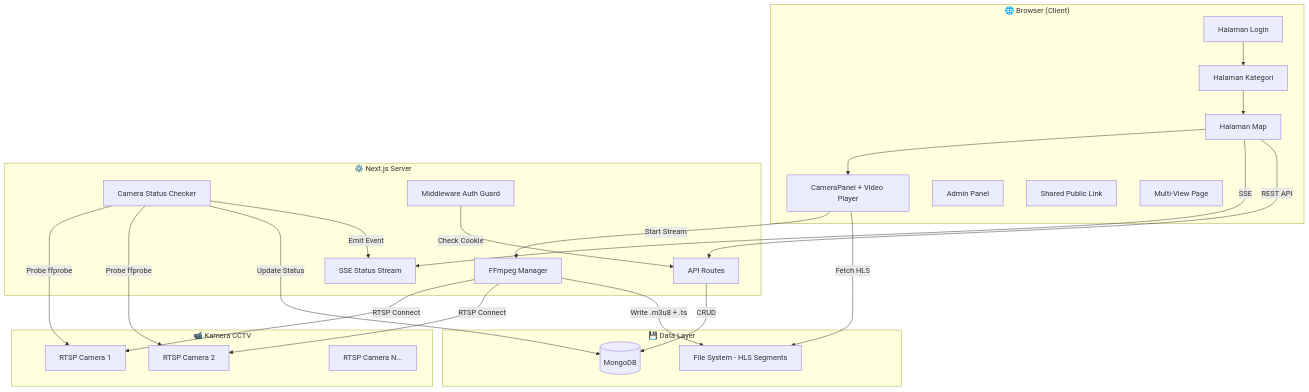
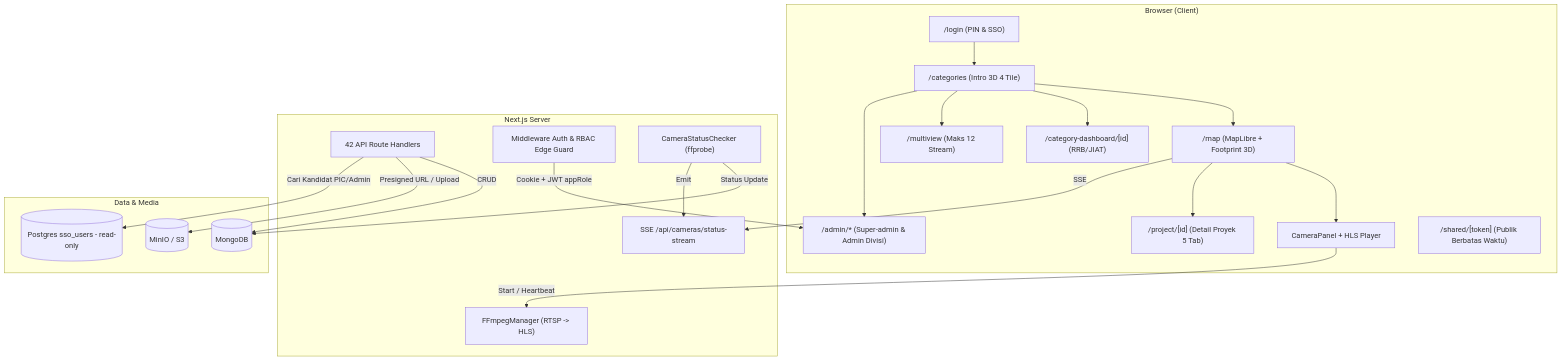
The diagram in README.md (ybagasb/tengok-rtsp), drawn with Mermaid before and after one commit. The commit also changed other lines of this file and 42 other files, not shown here.

First line of the commit message:
feat(rbac): tambah peran Admin Divisi, panduan PDF divisi, dan rapikan halaman admin

````diff
--- a/README.md
+++ b/README.md
@@ -33,44 +26,36 @@
 ```mermaid
 graph TB
-    subgraph "🌐 Browser (Client)"
-        A[Halaman Login] --> B[Halaman Kategori]
-        B --> C[Halaman Map]
-        C --> D[CameraPanel + Video Player]
-        E[Admin Panel]
-        F[Shared Public Link]
-        G[Multi-View Page]
+    subgraph Browser["Browser (Client)"]
+        L["/login (PIN & SSO)"] --> C["/categories (Intro 3D 4 Tile)"]
+        C --> M["/map (MapLibre + Footprint 3D)"]
+        M --> P["CameraPanel + HLS Player"]
+        M --> D["/project/[id] (Detail Proyek 5 Tab)"]
+        C --> DB["/category-dashboard/[id] (RRB/JIAT)"]
+        C --> MV["/multiview (Maks 12 Stream)"]
+        C --> AD["/admin/* (Super-admin & Admin Divisi)"]
+        SH["/shared/[token] (Publik Berbatas Waktu)"]
     end
 
-    subgraph "⚙️ Next.js Server"
-        H[API Routes]
-        I[FFmpeg Manager]
-        J[Camera Status Checker]
-        K[SSE Status Stream]
-        L[Middleware Auth Guard]
+    subgraph Server["Next.js Server"]
+        API["42 API Route Handlers"]
+        MW["Middleware Auth & RBAC Edge Guard"]
+        FF["FFmpegManager (RTSP -> HLS)"]
+        CHK["CameraStatusChecker (ffprobe)"]
+        SSE["SSE /api/cameras/status-stream"]
     end
 
-    subgraph "💾 Data Layer"
-        M[(MongoDB)]
-        N[File System - HLS Segments]
+    subgraph Storage["Data & Media"]
+        MDB[(MongoDB)]
+        S3[(MinIO / S3)]
+        PG[(Postgres sso_users - read-only)]
     end
 
-    subgraph "📹 Kamera CCTV"
-        O[RTSP Camera 1]
-        P[RTSP Camera 2]
-        Q[RTSP Camera N...]
-    end
-
-    C --> |SSE| K
-    C --> |REST API| H
-    D --> |Start Stream| I
-    I --> |RTSP Connect| O
-    I --> |RTSP Connect| P
-    I --> |Write .m3u8 + .ts| N
-    D --> |Fetch HLS| N
-    J --> |Probe ffprobe| O
-    J --> |Probe ffprobe| P
-    J --> |Update Status| M
-    J --> |Emit Event| K
-    H --> |CRUD| M
-    L --> |Check Cookie| H
+    M -->|SSE| SSE
+    P -->|Start / Heartbeat| FF
+    CHK -->|Status Update| MDB
+    CHK -->|Emit| SSE
+    API -->|CRUD| MDB
+    API -->|Presigned URL / Upload| S3
+    API -->|Cari Kandidat PIC/Admin| PG
+    MW -->|Cookie + JWT appRole| AD
 ```
````
